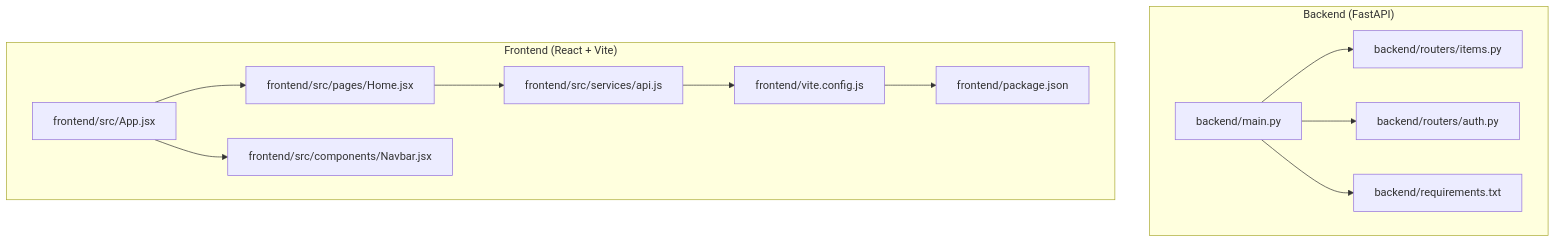
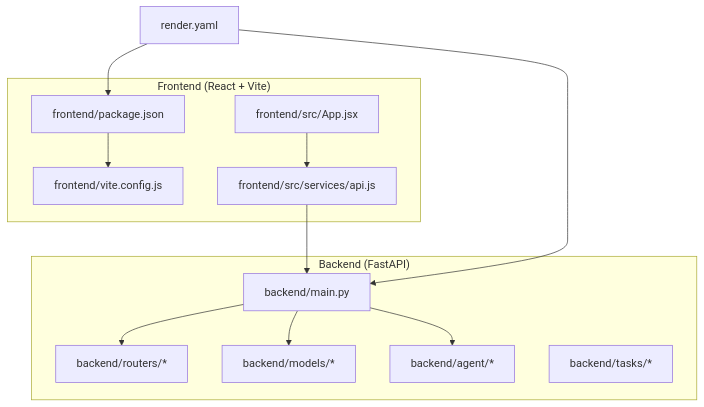
The first of 2 diagrams in .qoder/repowiki/en/content/Getting Started.md (ishwarambare/ishwarambare-app), drawn with Mermaid before and after one commit. The commit also changed other lines of this file and 82 other files, not shown here.

````diff
--- a/.qoder/repowiki/en/content/Getting Started.md
+++ b/.qoder/repowiki/en/content/Getting Started.md
@@ -41,25 +39,25 @@
 ```mermaid
 graph TB
 subgraph "Backend (FastAPI)"
 BM["backend/main.py"]
-BR1["backend/routers/items.py"]
-BR2["backend/routers/auth.py"]
-BReq["backend/requirements.txt"]
+BR["backend/routers/*"]
+BD["backend/models/*"]
+BA["backend/agent/*"]
+BT["backend/tasks/*"]
 end
 subgraph "Frontend (React + Vite)"
-FPkg["frontend/package.json"]
-FConf["frontend/vite.config.js"]
-FA["frontend/src/App.jsx"]
-FH["frontend/src/pages/Home.jsx"]
-FN["frontend/src/components/Navbar.jsx"]
-FApi["frontend/src/services/api.js"]
+FP["frontend/package.json"]
+FV["frontend/vite.config.js"]
+FA["frontend/src/services/api.js"]
+FR["frontend/src/App.jsx"]
 end
-BM --> BR1
-BM --> BR2
-FA --> FH
-FA --> FN
-FH --> FApi
-FApi --> FConf
-BM --> BReq
-FConf --> FPkg
+RM["render.yaml"]
+FP --> FV
+FA --> BM
+FR --> FA
+BM --> BR
+BM --> BD
+BM --> BA
+RM --> BM
+RM --> FP
 ```
````
